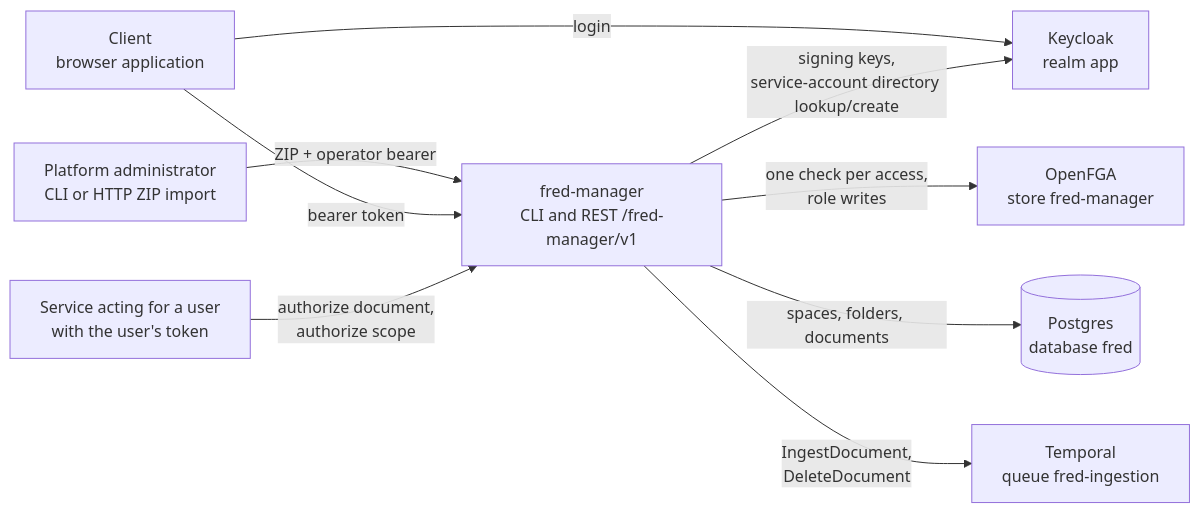
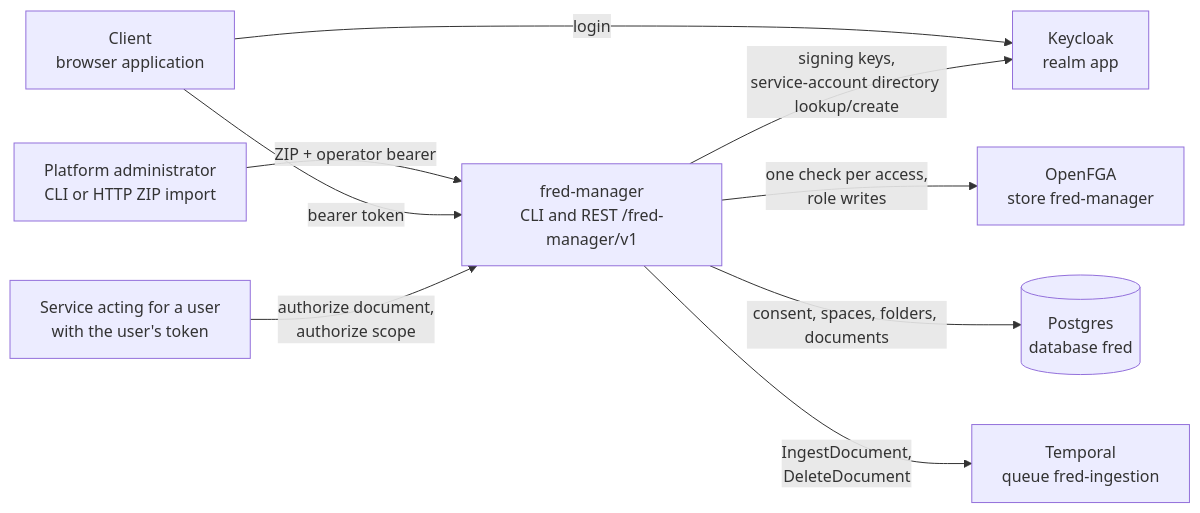
Before and after one commit to ThalesGroup/fred: the diagram in docs/architecture/02-context.md, drawn with Mermaid. The commit also changed other lines of this file and 47 other files, not shown here.

````diff
--- a/docs/architecture/02-context.md
+++ b/docs/architecture/02-context.md
@@ -3,20 +3,20 @@
 ```mermaid
 flowchart LR
     client["Client<br/>browser application"]
     operator["Platform administrator<br/>CLI or HTTP ZIP import"]
     caller["Service acting for a user<br/>with the user's token"]
     manager["fred-manager<br/>CLI and REST /fred-manager/v1"]
     keycloak["Keycloak<br/>realm app"]
     openfga["OpenFGA<br/>store fred-manager"]
     postgres[("Postgres<br/>database fred")]
     temporal["Temporal<br/>queue fred-ingestion"]
 
     operator -- "ZIP + operator bearer" --> manager
     client -- "bearer token" --> manager
     caller -- "authorize document,<br/>authorize scope" --> manager
     client -- "login" --> keycloak
     manager -- "signing keys,<br/>service-account directory lookup/create" --> keycloak
     manager -- "one check per access,<br/>role writes" --> openfga
-    manager -- "spaces, folders, documents" --> postgres
+    manager -- "consent, spaces, folders, documents" --> postgres
     manager -- "IngestDocument,<br/>DeleteDocument" --> temporal
 ```
````
